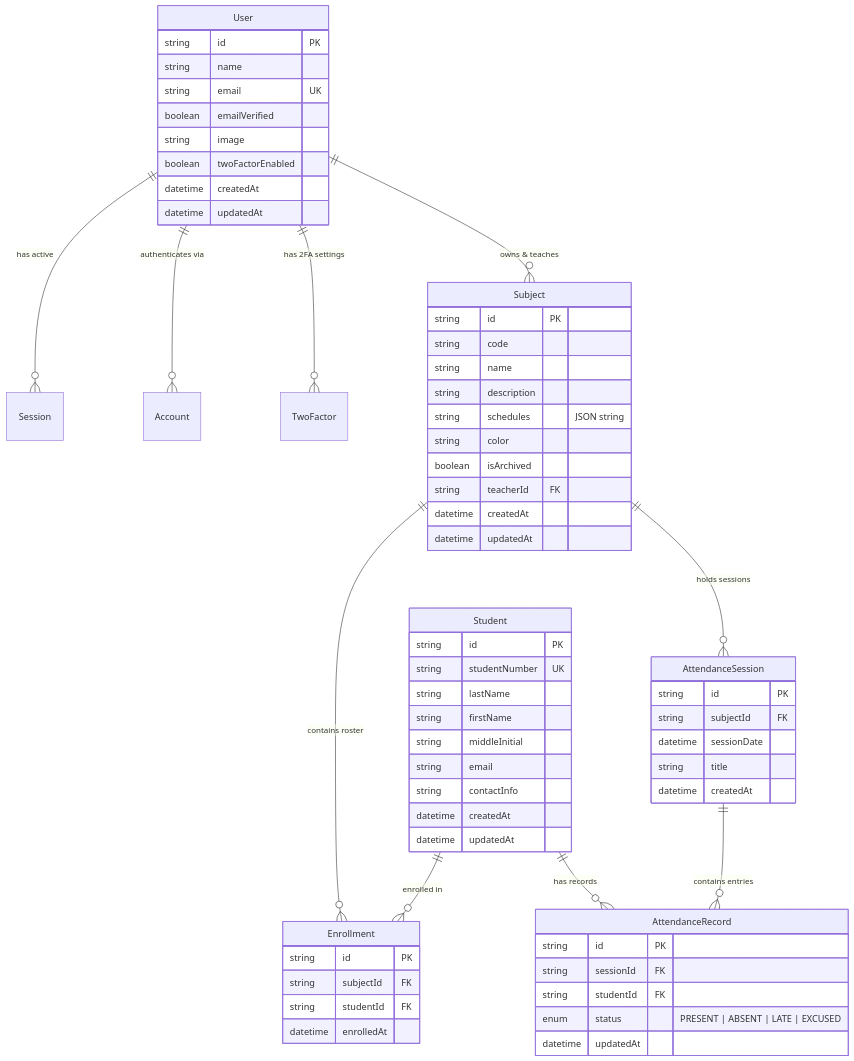
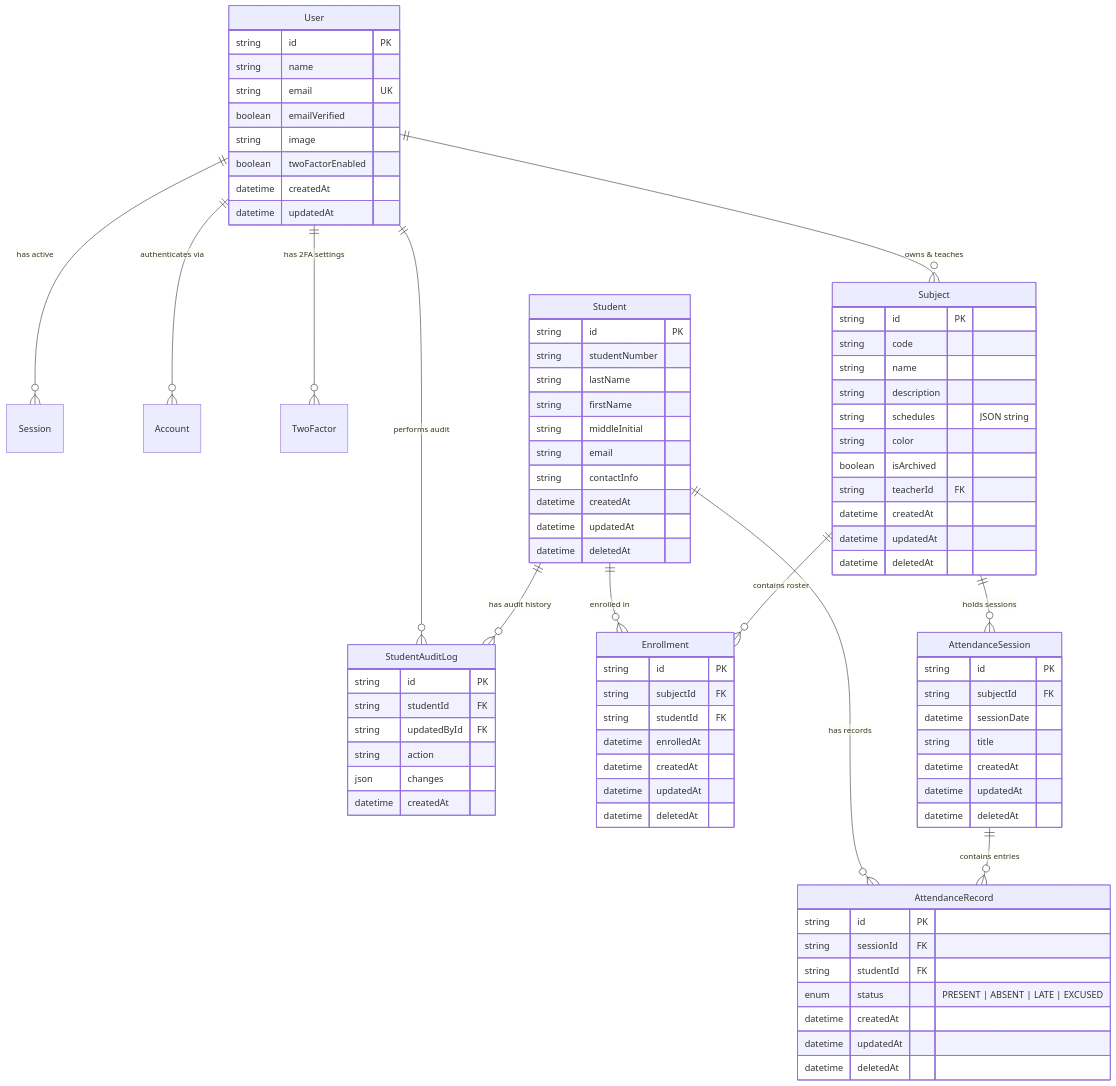
Before and after one commit to dnsxmrs/cams: the second of 2 diagrams in README.md, drawn with Mermaid. The commit also changed other lines of this file, not shown here.

Commit message:
docs: update README with soft delete architecture, active partial unique indexes, query optimizations, and updated ERD

````diff
--- a/README.md
+++ b/README.md
@@ -125,13 +134,14 @@
     User ||--o{ Account : "authenticates via"
     User ||--o{ TwoFactor : "has 2FA settings"
     User ||--o{ Subject : "owns & teaches"
+    User ||--o{ StudentAuditLog : "performs audit"
     
     Student ||--o{ Enrollment : "enrolled in"
+    Student ||--o{ AttendanceRecord : "has records"
+    Student ||--o{ StudentAuditLog : "has audit history"
     Subject ||--o{ Enrollment : "contains roster"
-    
     Subject ||--o{ AttendanceSession : "holds sessions"
     AttendanceSession ||--o{ AttendanceRecord : "contains entries"
-    Student ||--o{ AttendanceRecord : "has records"
 
     User {
         string id PK
@@ -146,7 +156,7 @@
 
     Student {
         string id PK
-        string studentNumber UK
+        string studentNumber
         string lastName
         string firstName
         string middleInitial
@@ -154,6 +164,7 @@
         string contactInfo
         datetime createdAt
         datetime updatedAt
+        datetime deletedAt
     }
 
     Subject {
@@ -167,6 +178,7 @@
         string teacherId FK
         datetime createdAt
         datetime updatedAt
+        datetime deletedAt
     }
 
     Enrollment {
@@ -174,6 +186,9 @@
         string subjectId FK
         string studentId FK
         datetime enrolledAt
+        datetime createdAt
+        datetime updatedAt
+        datetime deletedAt
     }
 
     AttendanceSession {
@@ -182,6 +197,8 @@
         datetime sessionDate
         string title
         datetime createdAt
+        datetime updatedAt
+        datetime deletedAt
     }
 
     AttendanceRecord {
@@ -189,6 +206,17 @@
         string sessionId FK
         string studentId FK
         enum status "PRESENT | ABSENT | LATE | EXCUSED"
+        datetime createdAt
         datetime updatedAt
+        datetime deletedAt
+    }
+
+    StudentAuditLog {
+        string id PK
+        string studentId FK
+        string updatedById FK
+        string action
+        json changes
+        datetime createdAt
     }
 ```
````
